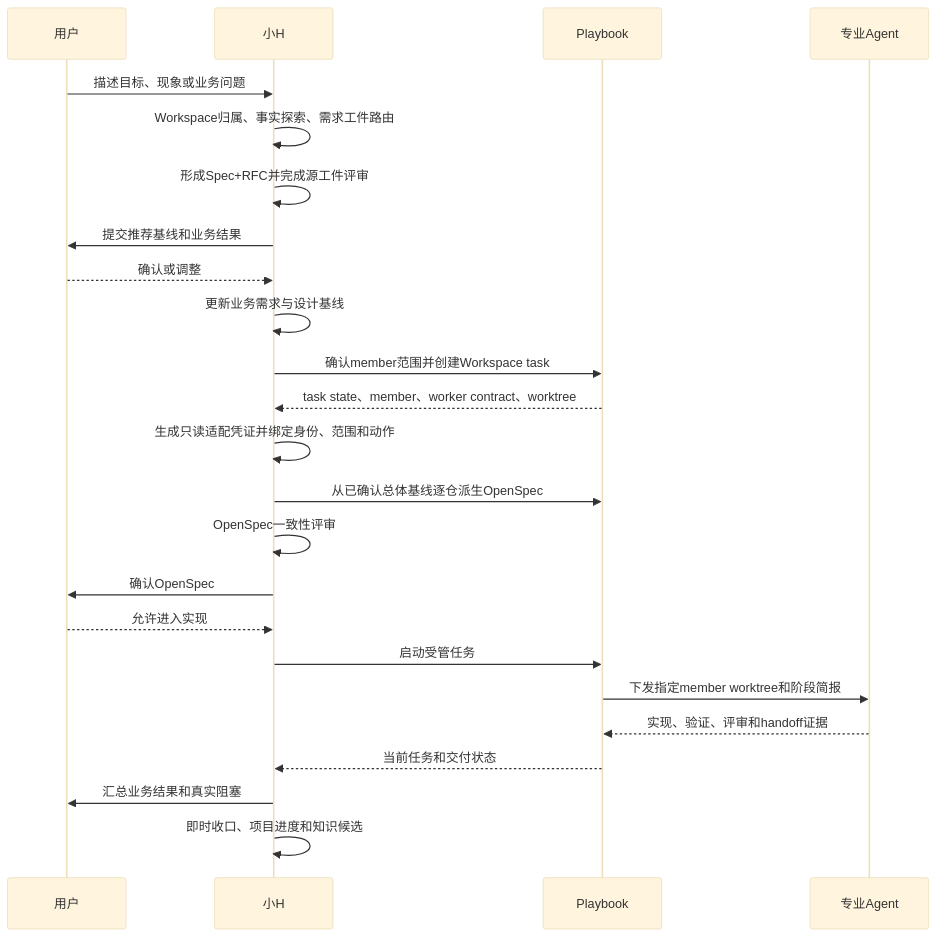
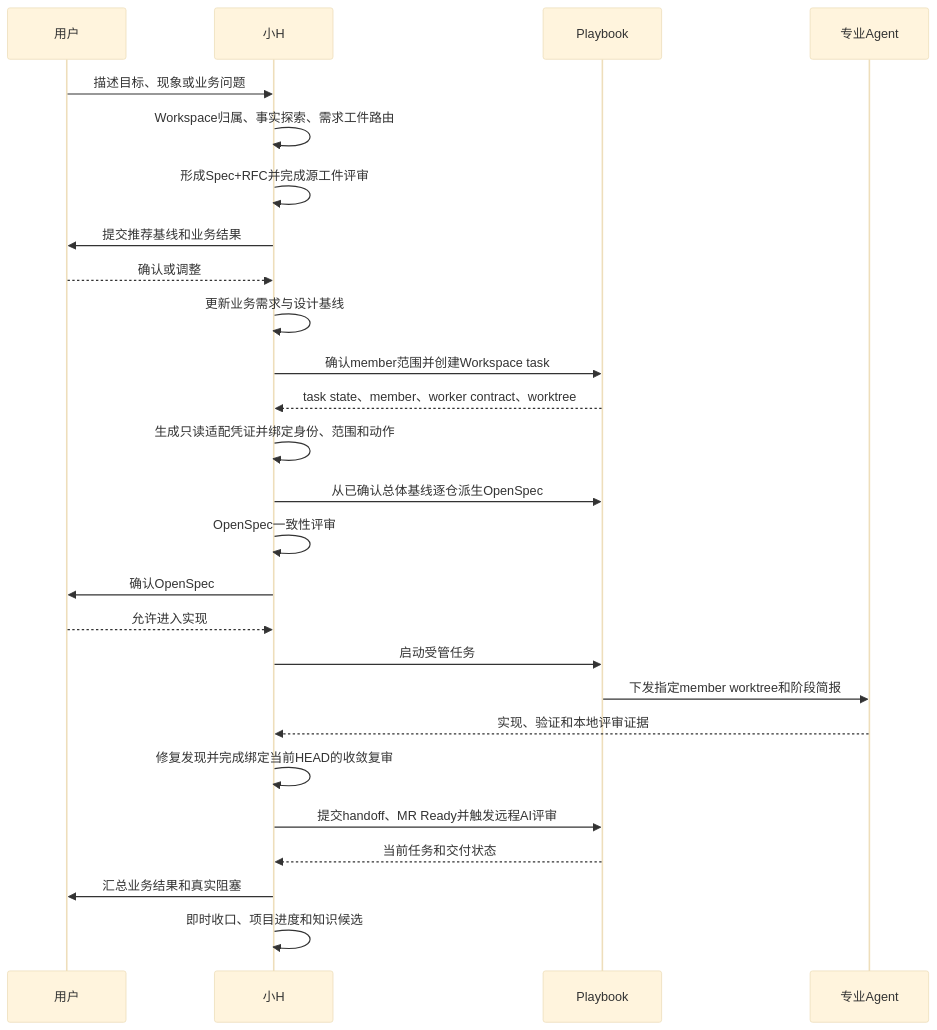
Before and after one commit to winnnnnnk/littleH: the diagram in docs/xiaoh-playbook-relationship.md, drawn with Mermaid (base theme). The commit also changed other lines of this file and 24 other files, not shown here.

````diff
--- a/docs/xiaoh-playbook-relationship.md
+++ b/docs/xiaoh-playbook-relationship.md
@@ -79,27 +80,29 @@
 ```mermaid
 sequenceDiagram
     participant U as 用户
     participant H as 小H
     participant P as Playbook
     participant A as 专业Agent
 
     U->>H: 描述目标、现象或业务问题
     H->>H: Workspace归属、事实探索、需求工件路由
     H->>H: 形成Spec+RFC并完成源工件评审
     H->>U: 提交推荐基线和业务结果
     U-->>H: 确认或调整
     H->>H: 更新业务需求与设计基线
     H->>P: 确认member范围并创建Workspace task
     P-->>H: task state、member、worker contract、worktree
     H->>H: 生成只读适配凭证并绑定身份、范围和动作
     H->>P: 从已确认总体基线逐仓派生OpenSpec
     H->>H: OpenSpec一致性评审
     H->>U: 确认OpenSpec
     U-->>H: 允许进入实现
     H->>P: 启动受管任务
     P->>A: 下发指定member worktree和阶段简报
-    A-->>P: 实现、验证、评审和handoff证据
+    A-->>H: 实现、验证和本地评审证据
+    H->>H: 修复发现并完成绑定当前HEAD的收敛复审
+    H->>P: 提交handoff、MR Ready并触发远程AI评审
     P-->>H: 当前任务和交付状态
     H->>U: 汇总业务结果和真实阻塞
     H->>H: 即时收口、项目进度和知识候选
 ```
````
